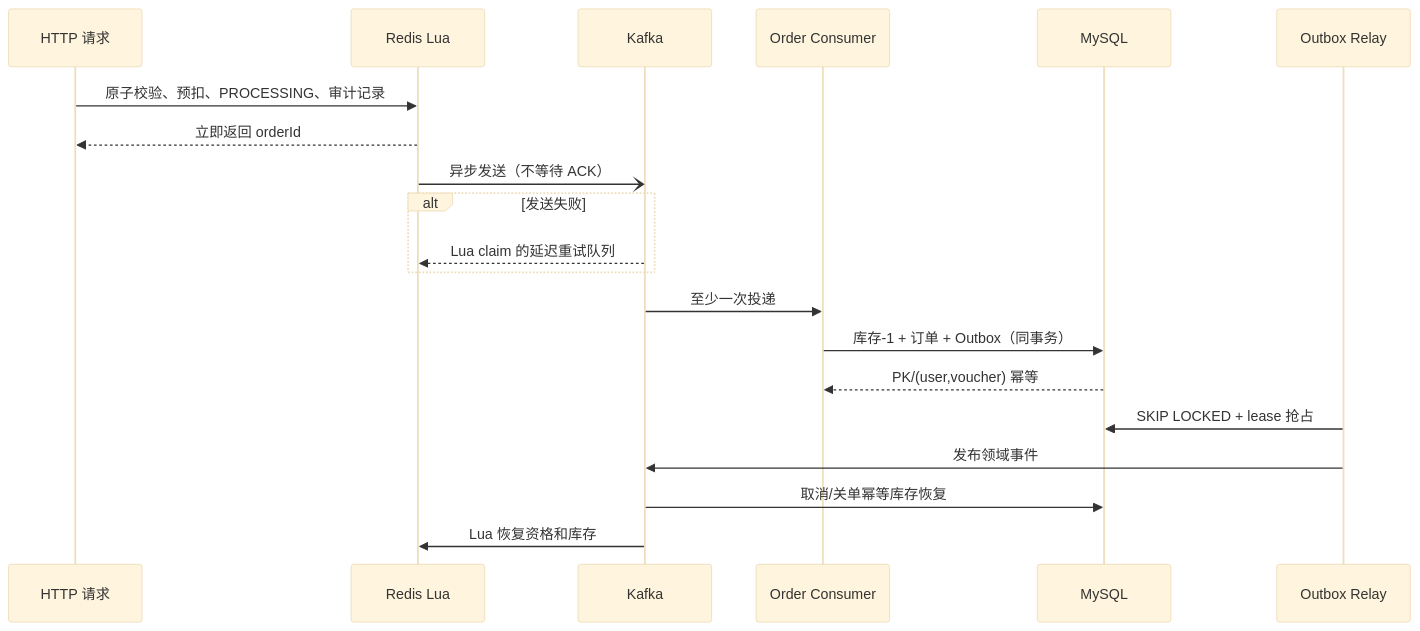
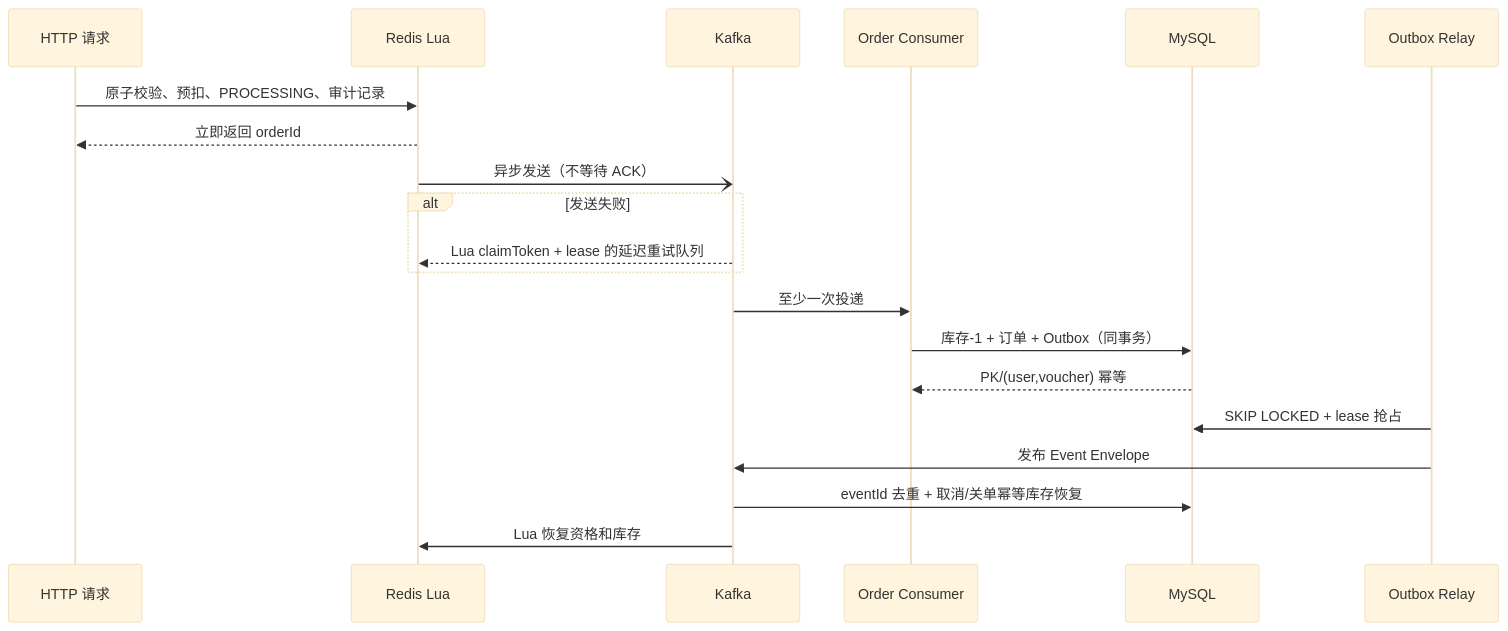
One commit to jinyuyang-ll/LocalHub-personal changed the second of 4 diagrams in docs/architecture.md. Above: the diagram before and after it, drawn with Mermaid (base theme). The commit also changed other lines of this file and 23 other files, not shown here.

````diff
--- a/docs/architecture.md
+++ b/docs/architecture.md
@@ -26,22 +26,22 @@
 ```mermaid
 sequenceDiagram
   participant U as HTTP 请求
   participant R as Redis Lua
   participant K as Kafka
   participant C as Order Consumer
   participant D as MySQL
   participant O as Outbox Relay
   U->>R: 原子校验、预扣、PROCESSING、审计记录
   R-->>U: 立即返回 orderId
   R-)K: 异步发送（不等待 ACK）
   alt 发送失败
-    K-->>R: Lua claim 的延迟重试队列
+    K-->>R: Lua claimToken + lease 的延迟重试队列
   end
   K->>C: 至少一次投递
   C->>D: 库存-1 + 订单 + Outbox（同事务）
   D-->>C: PK/(user,voucher) 幂等
   O->>D: SKIP LOCKED + lease 抢占
-  O->>K: 发布领域事件
-  K->>D: 取消/关单幂等库存恢复
+  O->>K: 发布 Event Envelope
+  K->>D: eventId 去重 + 取消/关单幂等库存恢复
   K->>R: Lua 恢复资格和库存
 ```
````
